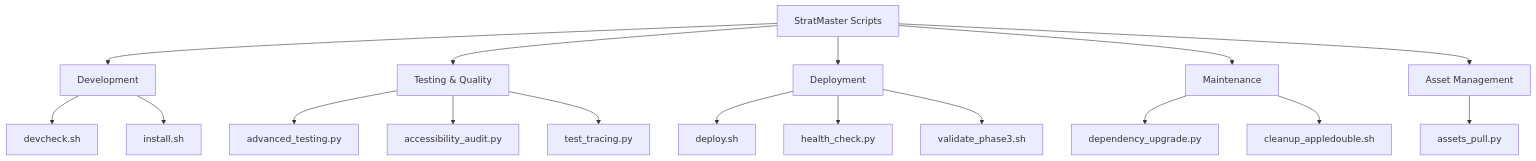
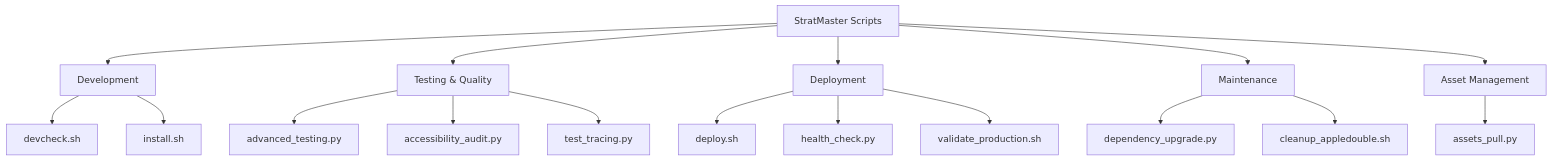
One commit to IAmJonoBo/StratMaster changed the diagram in docs/reference/cli/scripts.md. Above: the diagram before and after it, drawn with Mermaid. The commit also changed other lines of this file and 2 other files, not shown here.

````diff
--- a/docs/reference/cli/scripts.md
+++ b/docs/reference/cli/scripts.md
@@ -14,24 +14,24 @@
 ```mermaid
 graph TB
     A[StratMaster Scripts] --> B[Development]
     A --> C[Testing & Quality]
     A --> D[Deployment]
     A --> E[Maintenance]
     A --> F[Asset Management]
     
     B --> G[devcheck.sh]
     B --> H[install.sh]
     
     C --> I[advanced_testing.py]
     C --> J[accessibility_audit.py]
     C --> K[test_tracing.py]
     
     D --> L[deploy.sh]
     D --> M[health_check.py]
-    D --> N[validate_phase3.sh]
+    D --> N[validate_production.sh]
     
     E --> O[dependency_upgrade.py]
     E --> P[cleanup_appledouble.sh]
     
     F --> Q[assets_pull.py]
 ```
````
